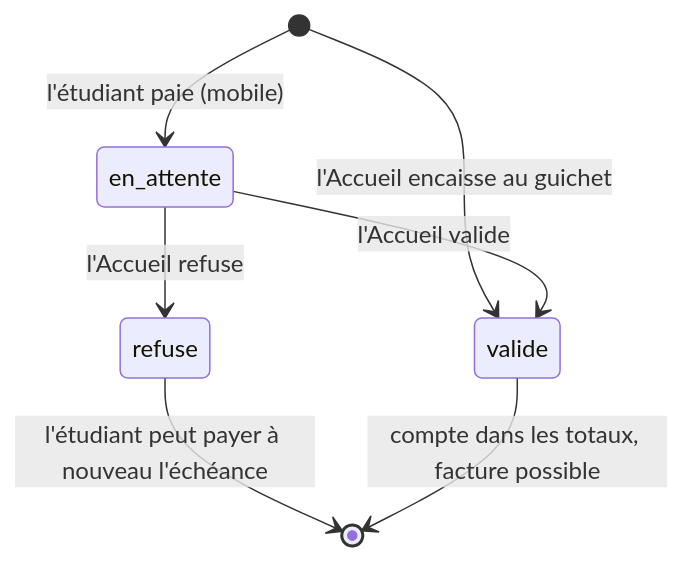
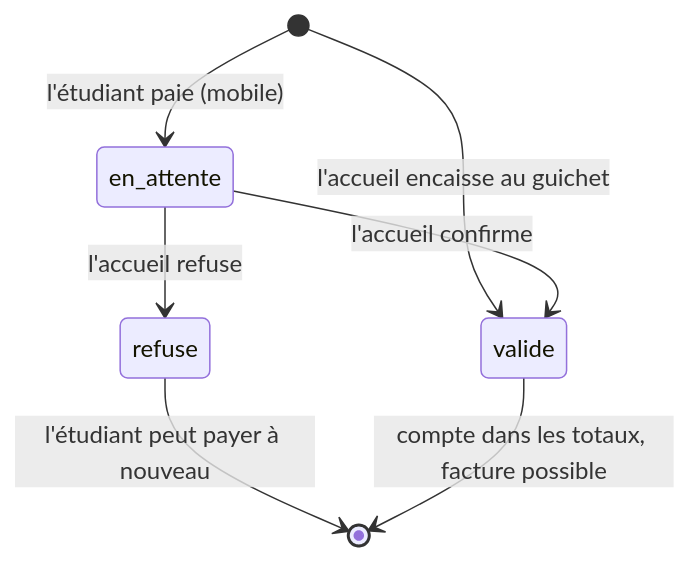
One commit to eliaTolojanahary/gestionFormation_stage changed diagram 11 of 23 in FLUX-APPLICATION.md. Above: the diagram before and after it, drawn with Mermaid. The commit also changed other lines of this file and 69 other files, not shown here.

````diff
--- a/FLUX-APPLICATION.md
+++ b/FLUX-APPLICATION.md
@@ -841,9 +1181,9 @@
 ```mermaid
 stateDiagram-v2
     [*] --> en_attente : l'étudiant paie (mobile)
-    [*] --> valide : l'Accueil encaisse au guichet
-    en_attente --> valide : l'Accueil valide
-    en_attente --> refuse : l'Accueil refuse
-    refuse --> [*] : l'étudiant peut payer à nouveau l'échéance
+    [*] --> valide : l'accueil encaisse au guichet
+    en_attente --> valide : l'accueil confirme
+    en_attente --> refuse : l'accueil refuse
+    refuse --> [*] : l'étudiant peut payer à nouveau
     valide --> [*] : compte dans les totaux, facture possible
 ```
````
